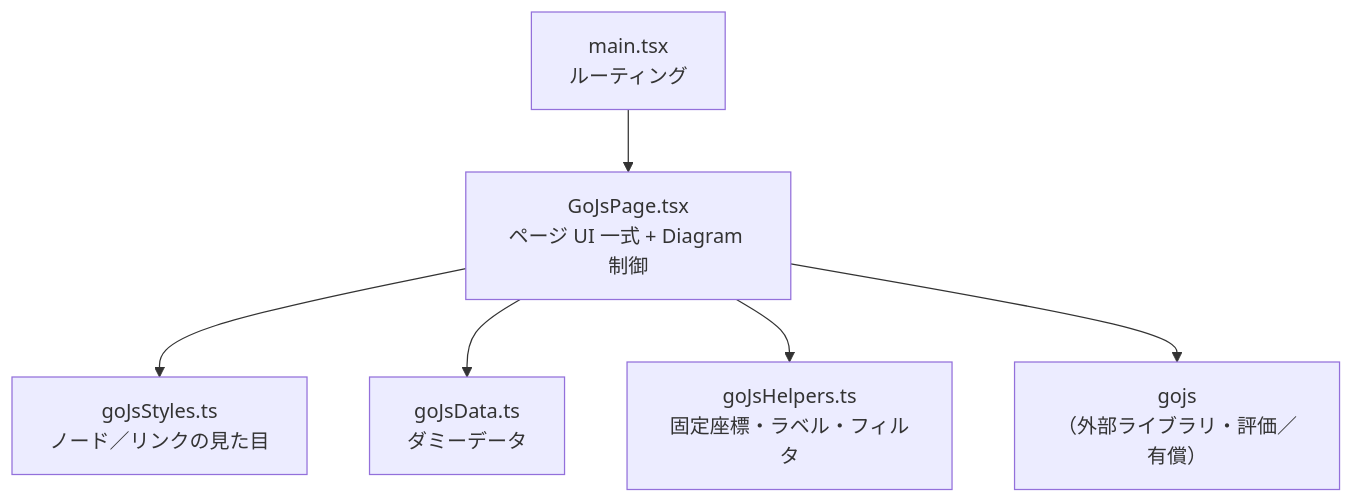
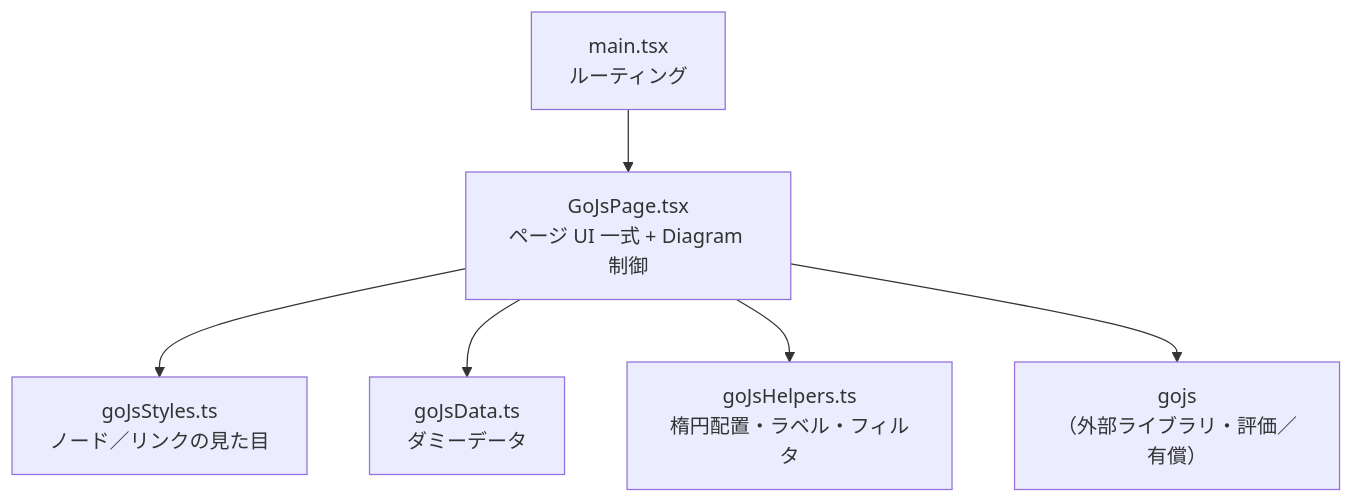
One commit to xpendev/graphtest changed the first of 2 diagrams in docs/component-gojs.md. Above: the diagram before and after it, drawn with Mermaid. The commit also changed other lines of this file and 27 other files, not shown here.

````diff
--- a/docs/component-gojs.md
+++ b/docs/component-gojs.md
@@ -11,15 +11,15 @@
 ```mermaid
 flowchart TB
   main["main.tsx<br/>ルーティング"]
   page["GoJsPage.tsx<br/>ページ UI 一式 + Diagram 制御"]
   styles["goJsStyles.ts<br/>ノード／リンクの見た目"]
   data["goJsData.ts<br/>ダミーデータ"]
-  helpers["goJsHelpers.ts<br/>固定座標・ラベル・フィルタ"]
+  helpers["goJsHelpers.ts<br/>楕円配置・ラベル・フィルタ"]
   lib["gojs<br/>（外部ライブラリ・評価／有償）"]
 
   main --> page
   page --> styles
   page --> data
   page --> helpers
   page --> lib
 ```
````
